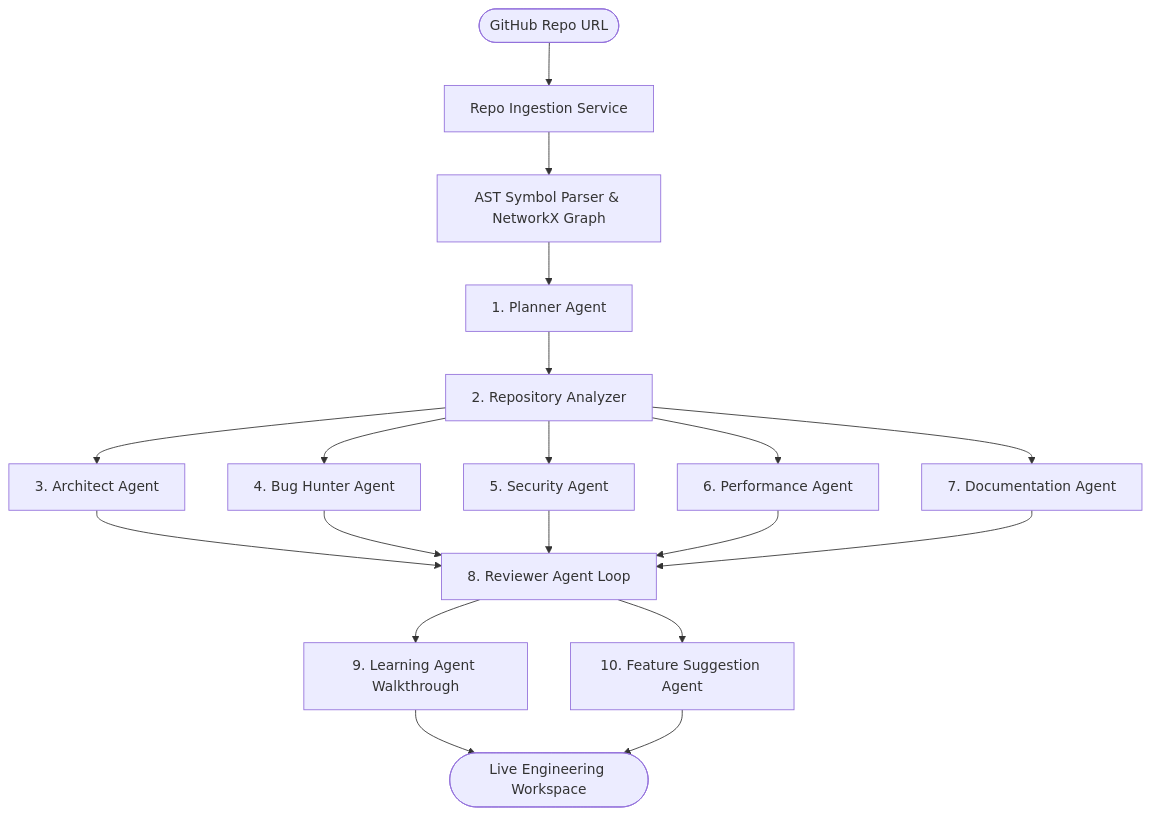
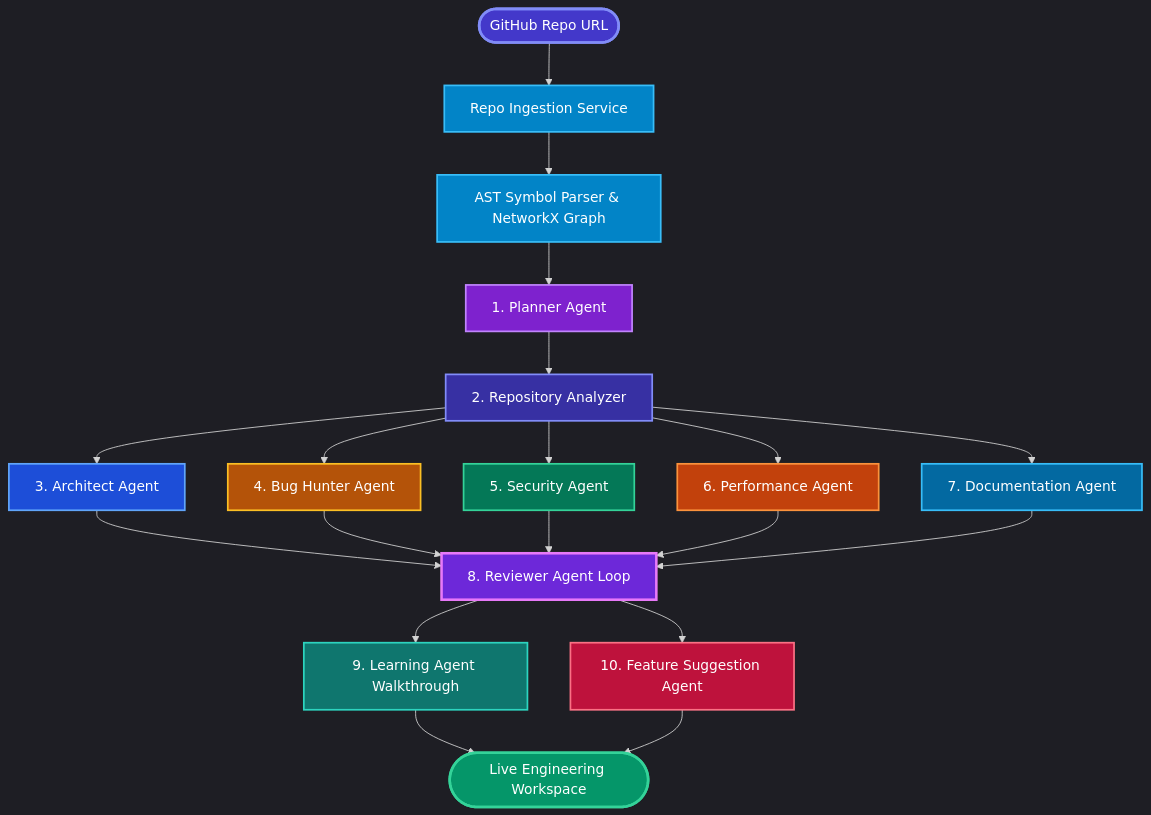
The first of 4 diagrams in README.md (himanshu-jadhav108/RepoMind-AI), drawn with Mermaid before and after one commit. The commit also changed other lines of this file and 10 other files, not shown here.

Commit message:
docs: add platform screenshots and restructure README with comprehensive project documentation and feature metrics

````diff
--- a/README.md
+++ b/README.md
@@ -47,25 +206,40 @@
 ```mermaid
+%%{init: {'theme': 'dark'}}%%
 graph TD
-    User([GitHub Repo URL]) --> Ingest[Repo Ingestion Service]
-    Ingest --> AST[AST Symbol Parser & NetworkX Graph]
-    AST --> Planner[1. Planner Agent]
-    
-    Planner --> Analyzer[2. Repository Analyzer]
-    Analyzer --> Architect[3. Architect Agent]
-    Analyzer --> BugHunter[4. Bug Hunter Agent]
-    Analyzer --> Security[5. Security Agent]
-    Analyzer --> Perf[6. Performance Agent]
-    Analyzer --> Docs[7. Documentation Agent]
-    
-    Architect --> Reviewer[8. Reviewer Agent Loop]
+    classDef userFill fill:#4338ca,stroke:#818cf8,stroke-width:3px,color:#ffffff;
+    classDef ingestFill fill:#0284c7,stroke:#38bdf8,stroke-width:2px,color:#ffffff;
+    classDef plannerFill fill:#7e22ce,stroke:#c084fc,stroke-width:2px,color:#ffffff;
+    classDef analyzerFill fill:#3730a3,stroke:#818cf8,stroke-width:2px,color:#ffffff;
+    classDef architectFill fill:#1d4ed8,stroke:#60a5fa,stroke-width:2px,color:#ffffff;
+    classDef bughunterFill fill:#b45309,stroke:#fbbf24,stroke-width:2px,color:#ffffff;
+    classDef securityFill fill:#047857,stroke:#34d399,stroke-width:2px,color:#ffffff;
+    classDef perfFill fill:#c2410c,stroke:#fb923c,stroke-width:2px,color:#ffffff;
+    classDef docsFill fill:#0369a1,stroke:#38bdf8,stroke-width:2px,color:#ffffff;
+    classDef reviewerFill fill:#6d28d9,stroke:#e879f9,stroke-width:3px,color:#ffffff;
+    classDef learningFill fill:#0f766e,stroke:#2dd4bf,stroke-width:2px,color:#ffffff;
+    classDef suggestionFill fill:#be123c,stroke:#fb7185,stroke-width:2px,color:#ffffff;
+    classDef outputFill fill:#059669,stroke:#34d399,stroke-width:3px,color:#ffffff;
+
+    User([GitHub Repo URL]):::userFill --> Ingest[Repo Ingestion Service]:::ingestFill
+    Ingest --> AST[AST Symbol Parser & NetworkX Graph]:::ingestFill
+    AST --> Planner[1. Planner Agent]:::plannerFill
+
+    Planner --> Analyzer[2. Repository Analyzer]:::analyzerFill
+    Analyzer --> Architect[3. Architect Agent]:::architectFill
+    Analyzer --> BugHunter[4. Bug Hunter Agent]:::bughunterFill
+    Analyzer --> Security[5. Security Agent]:::securityFill
+    Analyzer --> Perf[6. Performance Agent]:::perfFill
+    Analyzer --> Docs[7. Documentation Agent]:::docsFill
+
+    Architect --> Reviewer[8. Reviewer Agent Loop]:::reviewerFill
     BugHunter --> Reviewer
     Security --> Reviewer
     Perf --> Reviewer
     Docs --> Reviewer
-    
-    Reviewer --> Learning[9. Learning Agent Walkthrough]
-    Reviewer --> Suggestion[10. Feature Suggestion Agent]
-    
-    Learning --> Workspace([Live Engineering Workspace])
+
+    Reviewer --> Learning[9. Learning Agent Walkthrough]:::learningFill
+    Reviewer --> Suggestion[10. Feature Suggestion Agent]:::suggestionFill
+
+    Learning --> Workspace([Live Engineering Workspace]):::outputFill
     Suggestion --> Workspace
 ```
````
